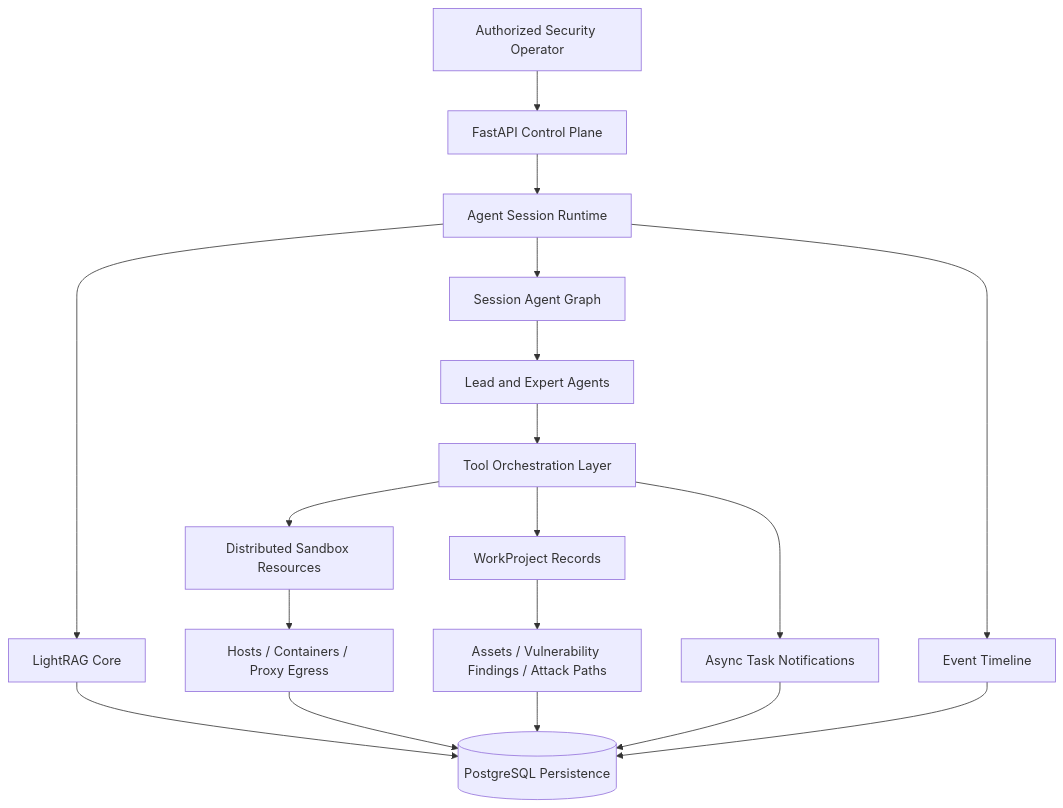
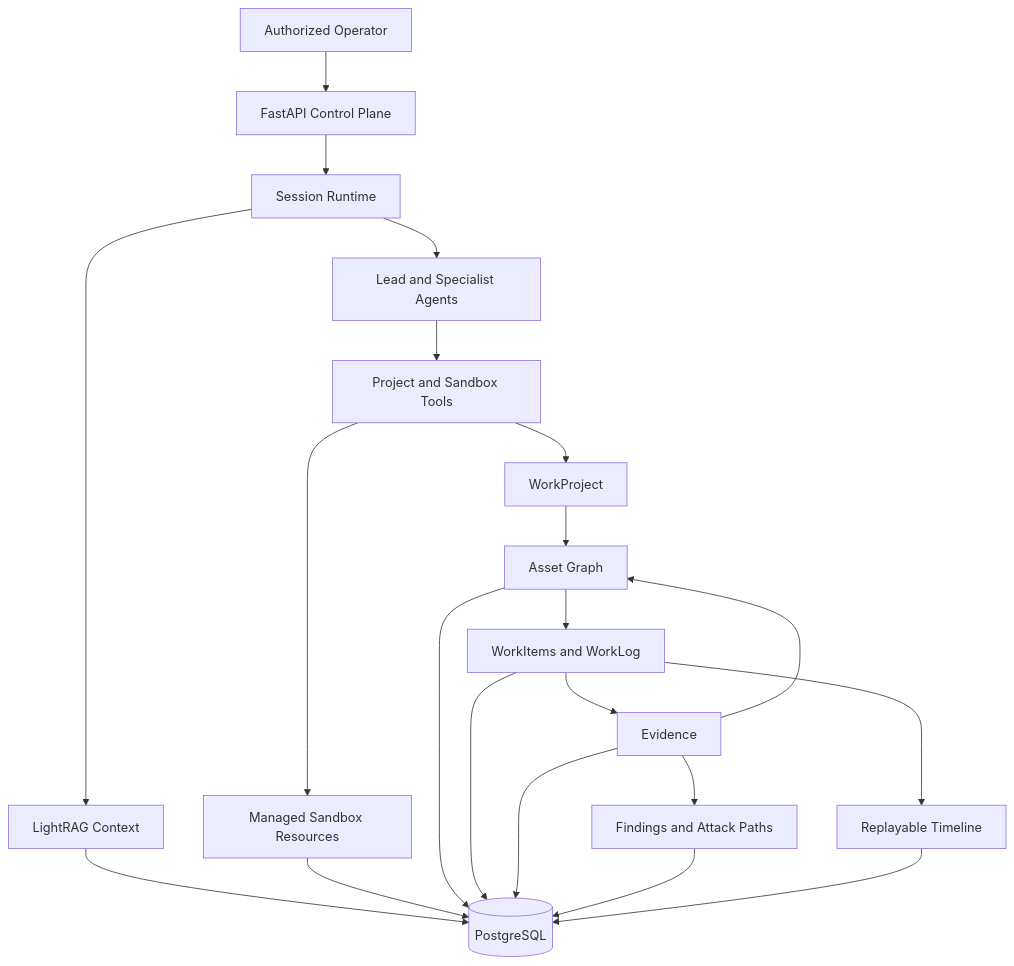
One commit to MolTau9527/Z3r0 changed the first of 3 diagrams in docs/en/guide/overview.md. Above: the diagram before and after it, drawn with Mermaid. The commit also changed other lines of this file and 113 other files, not shown here.

Commit message:
feat: Add graph-driven WorkProject orchestration and evidence-backed red team workflows

````diff
--- a/docs/en/guide/overview.md
+++ b/docs/en/guide/overview.md
@@ -35,25 +35,31 @@
 ```mermaid
 flowchart TB
-  Operator["Authorized Security Operator"]
+  Operator["Authorized Operator"]
   API["FastAPI Control Plane"]
-  Runtime["Agent Session Runtime"]
-  Graph["Session Agent Graph"]
-  Agents["Lead and Expert Agents"]
-  RAG["LightRAG Core"]
-  Tools["Tool Orchestration Layer"]
-  Sandbox["Distributed Sandbox Resources"]
-  Hosts["Hosts / Containers / Proxy Egress"]
-  Project["WorkProject Records"]
-  Evidence["Assets / Vulnerability Findings / Attack Paths"]
-  Async["Async Task Notifications"]
-  Timeline["Event Timeline"]
-  Store[("PostgreSQL Persistence")]
+  Runtime["Session Runtime"]
+  Agents["Lead and Specialist Agents"]
+  RAG["LightRAG Context"]
+  Tools["Project and Sandbox Tools"]
+  Sandbox["Managed Sandbox Resources"]
+  Project["WorkProject"]
+  Graph["Asset Graph"]
+  Workflow["WorkItems and WorkLog"]
+  Evidence["Evidence"]
+  Conclusions["Findings and Attack Paths"]
+  Timeline["Replayable Timeline"]
+  Store[("PostgreSQL")]
 
-  Operator --> API --> Runtime --> Graph --> Agents --> Tools
+  Operator --> API --> Runtime --> Agents --> Tools
   Runtime --> RAG --> Store
-
-  Tools --> Sandbox --> Hosts --> Store
-  Tools --> Project --> Evidence --> Store
-  Tools --> Async --> Store
-  Runtime --> Timeline --> Store
+  Tools --> Sandbox --> Store
+  Tools --> Project
+  Project --> Graph --> Workflow
+  Workflow --> Evidence --> Conclusions
+  Evidence --> Graph
+  Workflow --> Timeline
+  Graph --> Store
+  Workflow --> Store
+  Evidence --> Store
+  Conclusions --> Store
+  Timeline --> Store
 ```
````
